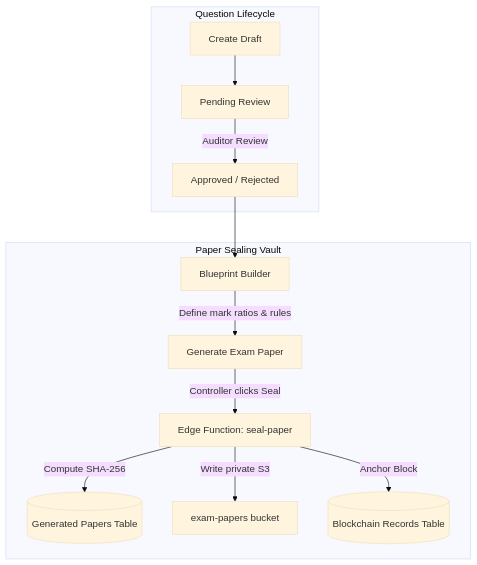
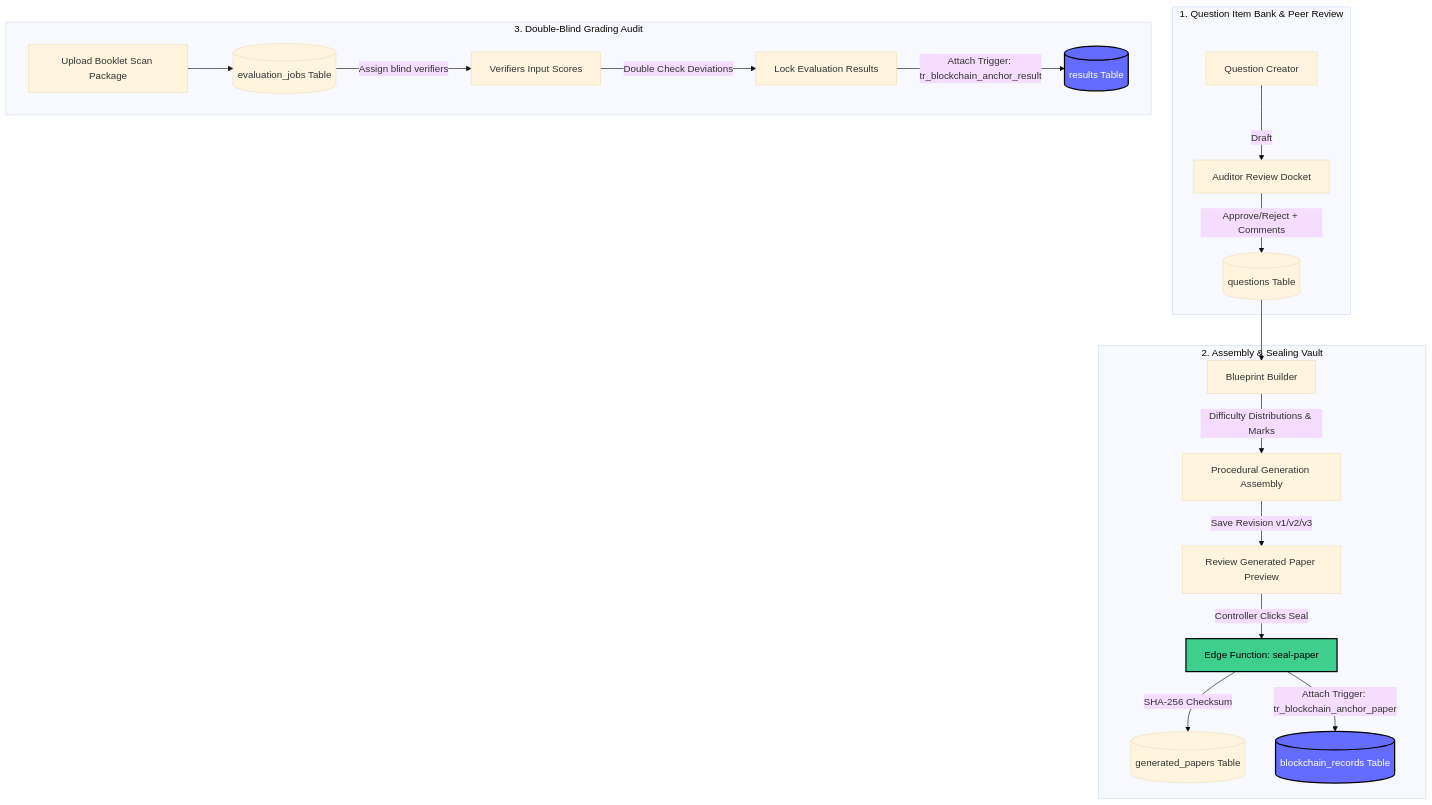
The third of 5 diagrams in README.md (yashkoparde/Parakh-Ecosystem), drawn with Mermaid (base theme) before and after one commit. The commit also changed other lines of this file, not shown here.

Commit message:
docs: enrich Modules Deep Dive in README with precise architecture, file maps, and real schemas

````diff
--- a/README.md
+++ b/README.md
@@ -177,16 +194,27 @@
 ```mermaid
 flowchart TD
-    subgraph Question Lifecycle
-        Q1[Create Draft] --> Q2[Pending Review]
-        Q2 -->|Auditor Review| Q3[Approved / Rejected]
+    subgraph Drona [1. Question Item Bank & Peer Review]
+        A1[Question Creator] -->|Draft| A2[Auditor Review Docket]
+        A2 -->|Approve/Reject + Comments| A3[(questions Table)]
     end
 
-    subgraph Paper Sealing Vault
-        Q3 --> B1[Blueprint Builder]
-        B1 -->|Define mark ratios & rules| B2[Generate Exam Paper]
-        B2 -->|Controller clicks Seal| E1[Edge Function: seal-paper]
-        E1 -->|Compute SHA-256| P1[(Generated Papers Table)]
-        E1 -->|Write private S3| S1[exam-papers bucket]
-        E1 -->|Anchor Block| L1[(Blockchain Records Table)]
+    subgraph Veda [2. Assembly & Sealing Vault]
+        A3 --> B1[Blueprint Builder]
+        B1 -->|Difficulty Distributions & Marks| B2[Procedural Generation Assembly]
+        B2 -->|Save Revision v1/v2/v3| B3[Review Generated Paper Preview]
+        B3 -->|Controller Clicks Seal| B4[Edge Function: seal-paper]
+        B4 -->|SHA-256 Checksum| B5[(generated_papers Table)]
+        B4 -->|Attach Trigger: tr_blockchain_anchor_paper| B6[(blockchain_records Table)]
     end
+
+    subgraph Mulya [3. Double-Blind Grading Audit]
+        C1[Upload Booklet Scan Package] --> C2[(evaluation_jobs Table)]
+        C2 -->|Assign blind verifiers| C3[Verifiers Input Scores]
+        C3 -->|Double Check Deviations| C4[Lock Evaluation Results]
+        C4 -->|Attach Trigger: tr_blockchain_anchor_result| C5[(results Table)]
+    end
+
+    style B4 fill:#3ECF8E,stroke:#000,stroke-width:2px,color:#000
+    style B6 fill:#646CFF,stroke:#000,stroke-width:2px,color:#fff
+    style C5 fill:#646CFF,stroke:#000,stroke-width:2px,color:#fff
 ```
````
